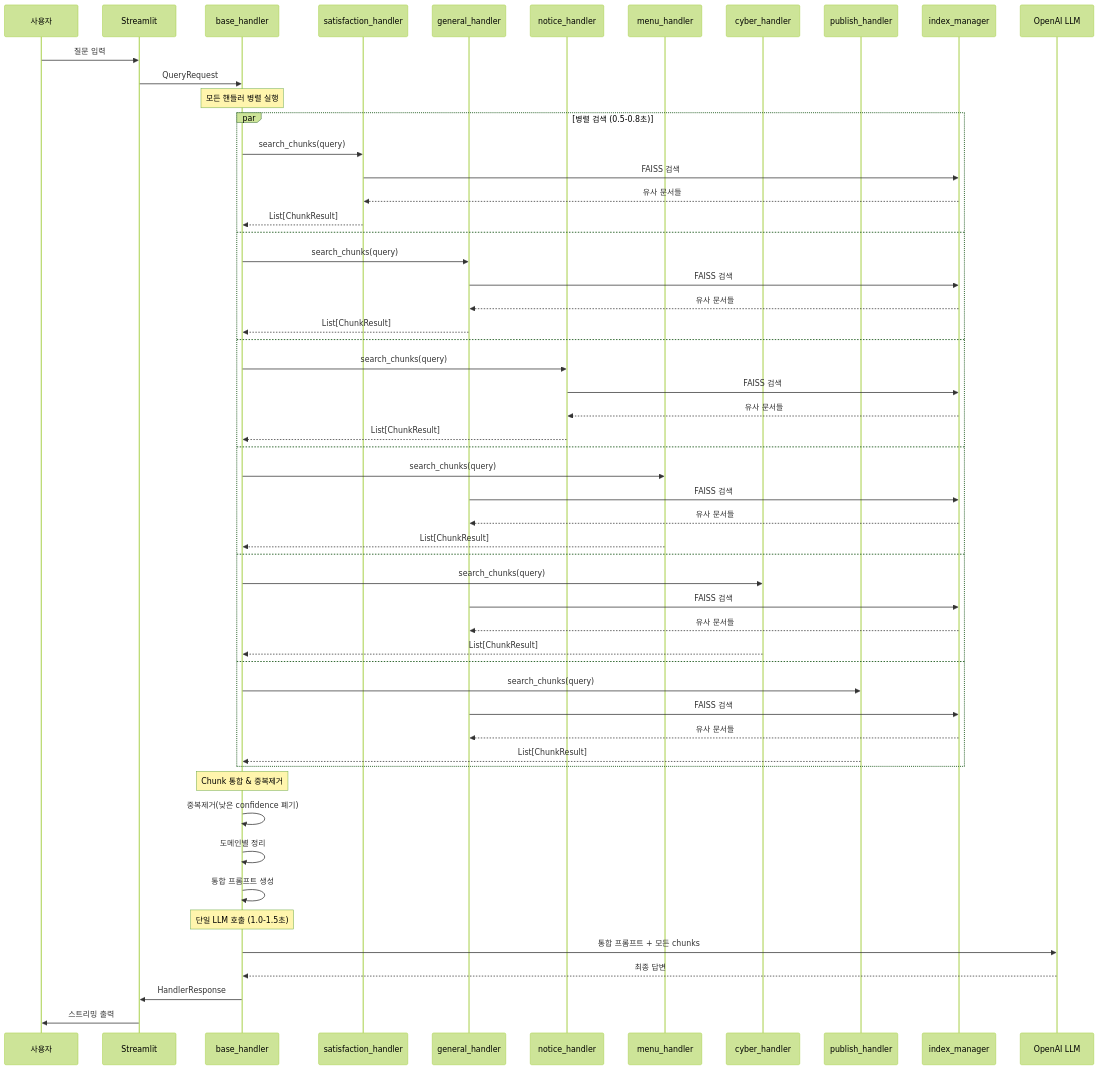
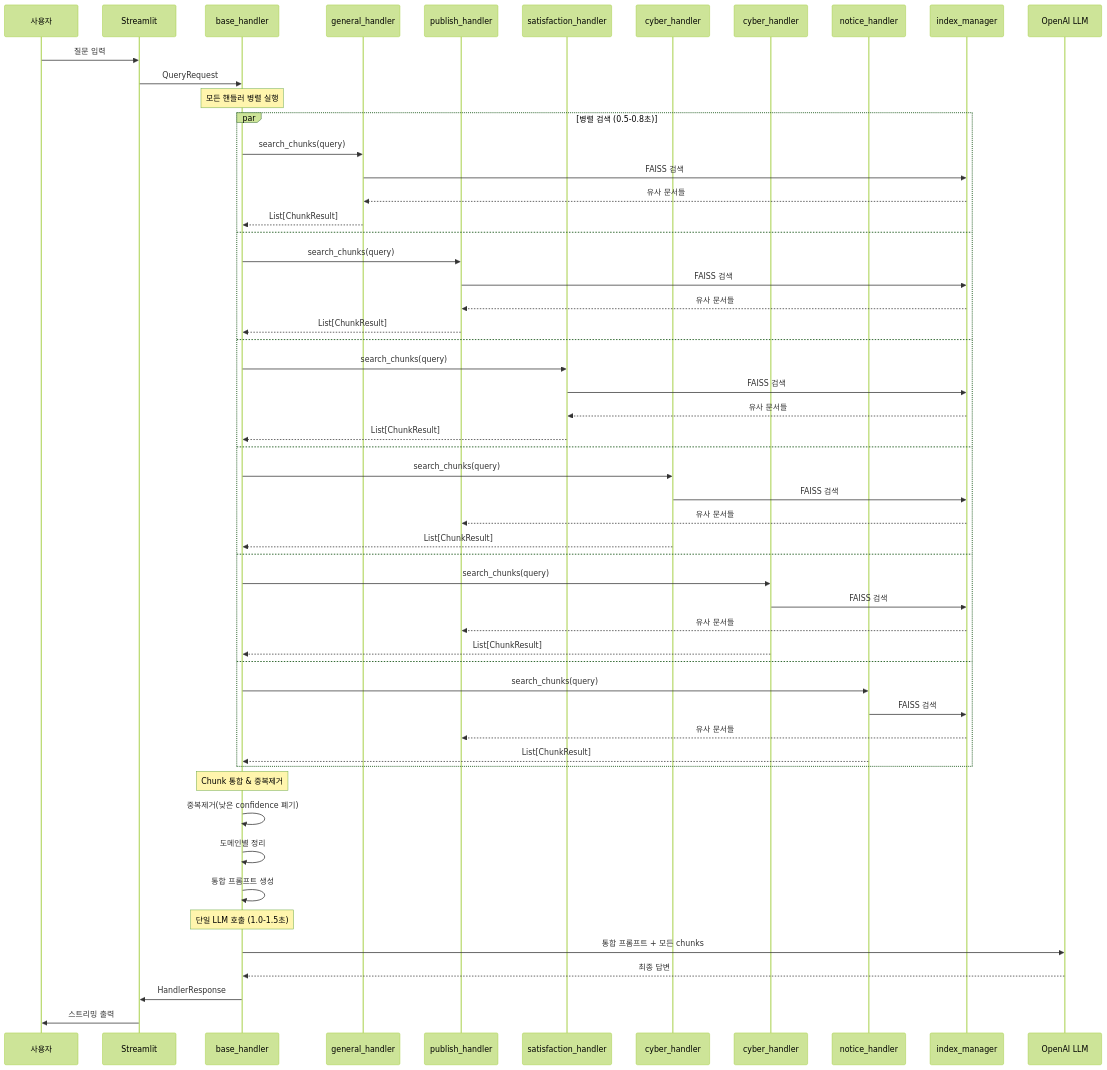
One commit to monodani/Byeoli_Talk_at_GNH_app changed the second of 2 diagrams in docs/architecture_01.md. Above: the diagram before and after it, drawn with Mermaid (forest theme). The commit also changed other lines of this file, not shown here.

````diff
--- a/docs/architecture_01.md
+++ b/docs/architecture_01.md
@@ -115,62 +121,62 @@
 ```mermaid
 sequenceDiagram
     participant User as 사용자
     participant UI as Streamlit
     participant Central as base_handler
-    participant H1 as satisfaction_handler
-    participant H2 as general_handler
-    participant H3 as notice_handler
-    participant H4 as menu_handler
+    participant H1 as general_handler
+    participant H2 as publish_handler
+    participant H3 as satisfaction_handler
+    participant H4 as cyber_handler
     participant H5 as cyber_handler
-    participant H6 as publish_handler
+    participant H6 as notice_handler
     participant Index as index_manager
     participant LLM as OpenAI LLM
     
     User->>UI: 질문 입력
     UI->>Central: QueryRequest
     
     Note over Central: 모든 핸들러 병렬 실행
     par 병렬 검색 (0.5-0.8초)
         Central->>H1: search_chunks(query)
         H1->>Index: FAISS 검색
         Index-->>H1: 유사 문서들
         H1-->>Central: List[ChunkResult]
     and
         Central->>H2: search_chunks(query)
         H2->>Index: FAISS 검색
         Index-->>H2: 유사 문서들
         H2-->>Central: List[ChunkResult]
     and
         Central->>H3: search_chunks(query)
         H3->>Index: FAISS 검색
         Index-->>H3: 유사 문서들
         H3-->>Central: List[ChunkResult]
     and
         Central->>H4: search_chunks(query)
-        H2->>Index: FAISS 검색
+        H4->>Index: FAISS 검색
         Index-->>H2: 유사 문서들
         H4-->>Central: List[ChunkResult]
     and
         Central->>H5: search_chunks(query)
-        H2->>Index: FAISS 검색
+        H5->>Index: FAISS 검색
         Index-->>H2: 유사 문서들
         H5-->>Central: List[ChunkResult]
     and
         Central->>H6: search_chunks(query)
-        H2->>Index: FAISS 검색
+        H6->>Index: FAISS 검색
         Index-->>H2: 유사 문서들
         H6-->>Central: List[ChunkResult]
     end
     
     Note over Central: Chunk 통합 & 중복제거
     Central->>Central: 중복제거(낮은 confidence 폐기)
     Central->>Central: 도메인별 정리
     Central->>Central: 통합 프롬프트 생성
     
     Note over Central: 단일 LLM 호출 (1.0-1.5초)
     Central->>LLM: 통합 프롬프트 + 모든 chunks
     LLM-->>Central: 최종 답변
     
     Central->>UI: HandlerResponse
     UI->>User: 스트리밍 출력
 ```
````
